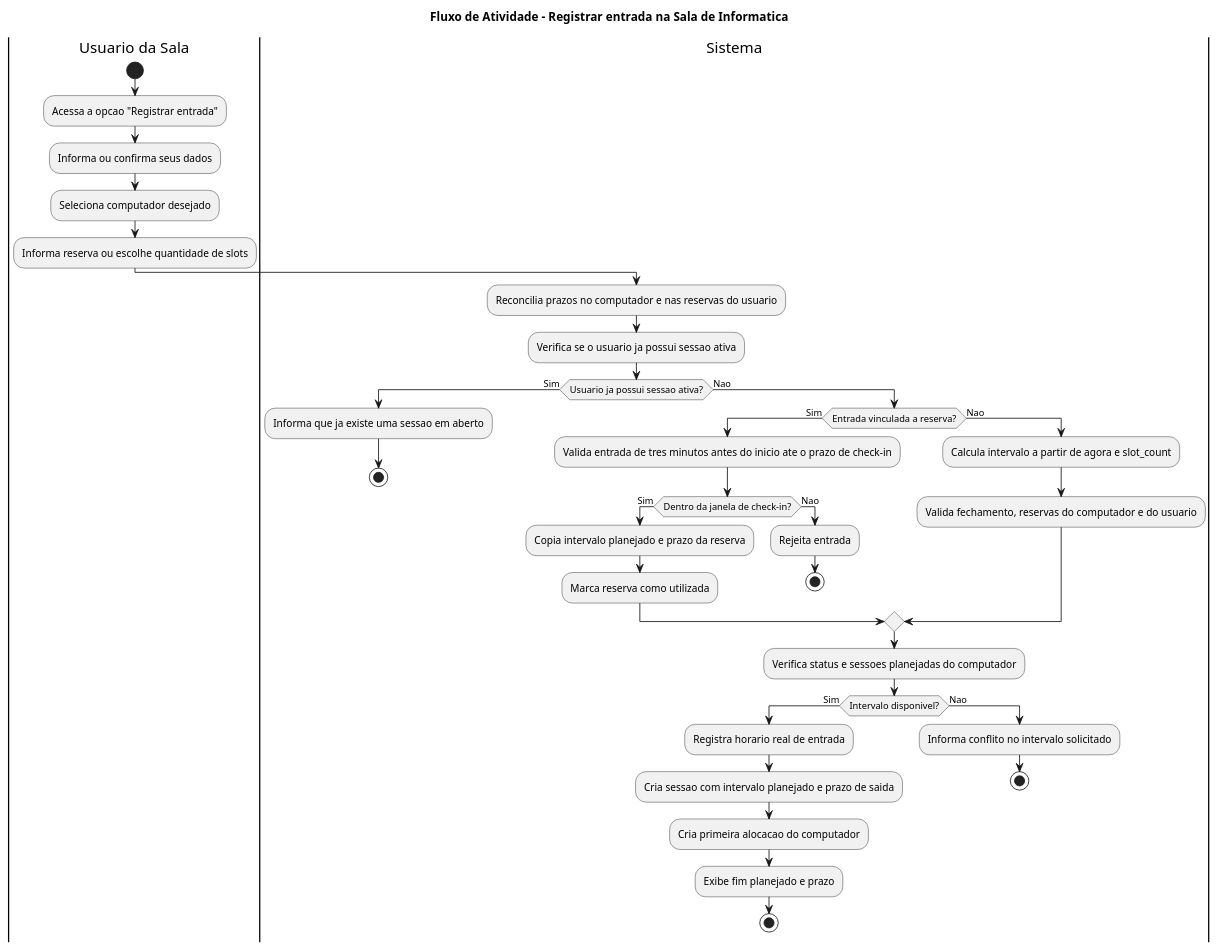
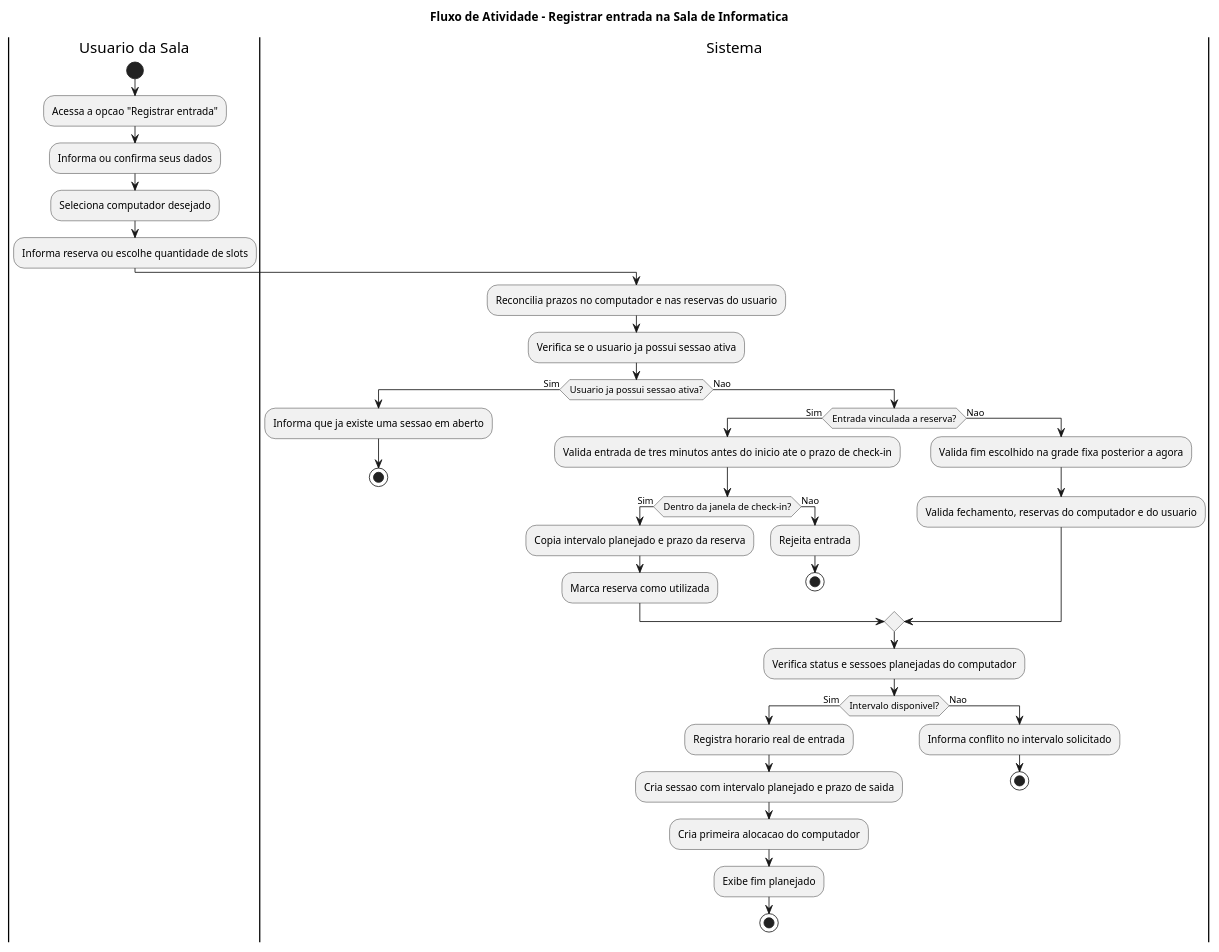
Before and after one commit to MarcosVini753/estagio: the diagram in docs/diagrams/atividades/02-usuario-registrar-entrada.puml, drawn with PlantUML. The commit also changed 46 other files, not shown here.

```diff
--- a/docs/diagrams/atividades/02-usuario-registrar-entrada.puml
+++ b/docs/diagrams/atividades/02-usuario-registrar-entrada.puml
@@ -1,46 +1,46 @@
 @startuml
 title Fluxo de Atividade - Registrar entrada na Sala de Informatica
 
 |Usuario da Sala|
 start
 :Acessa a opcao "Registrar entrada";
 :Informa ou confirma seus dados;
 :Seleciona computador desejado;
 :Informa reserva ou escolhe quantidade de slots;
 
 |Sistema|
 :Reconcilia prazos no computador e nas reservas do usuario;
 :Verifica se o usuario ja possui sessao ativa;
 
 if (Usuario ja possui sessao ativa?) then (Sim)
   :Informa que ja existe uma sessao em aberto;
   stop
 else (Nao)
   if (Entrada vinculada a reserva?) then (Sim)
     :Valida entrada de tres minutos antes do inicio ate o prazo de check-in;
     if (Dentro da janela de check-in?) then (Sim)
       :Copia intervalo planejado e prazo da reserva;
       :Marca reserva como utilizada;
     else (Nao)
       :Rejeita entrada;
       stop
     endif
   else (Nao)
-    :Calcula intervalo a partir de agora e slot_count;
+    :Valida fim escolhido na grade fixa posterior a agora;
     :Valida fechamento, reservas do computador e do usuario;
   endif
 
   :Verifica status e sessoes planejadas do computador;
   if (Intervalo disponivel?) then (Sim)
     :Registra horario real de entrada;
     :Cria sessao com intervalo planejado e prazo de saida;
     :Cria primeira alocacao do computador;
-    :Exibe fim planejado e prazo;
+    :Exibe fim planejado;
     stop
   else (Nao)
     :Informa conflito no intervalo solicitado;
     stop
   endif
 endif
 
 @enduml
```
